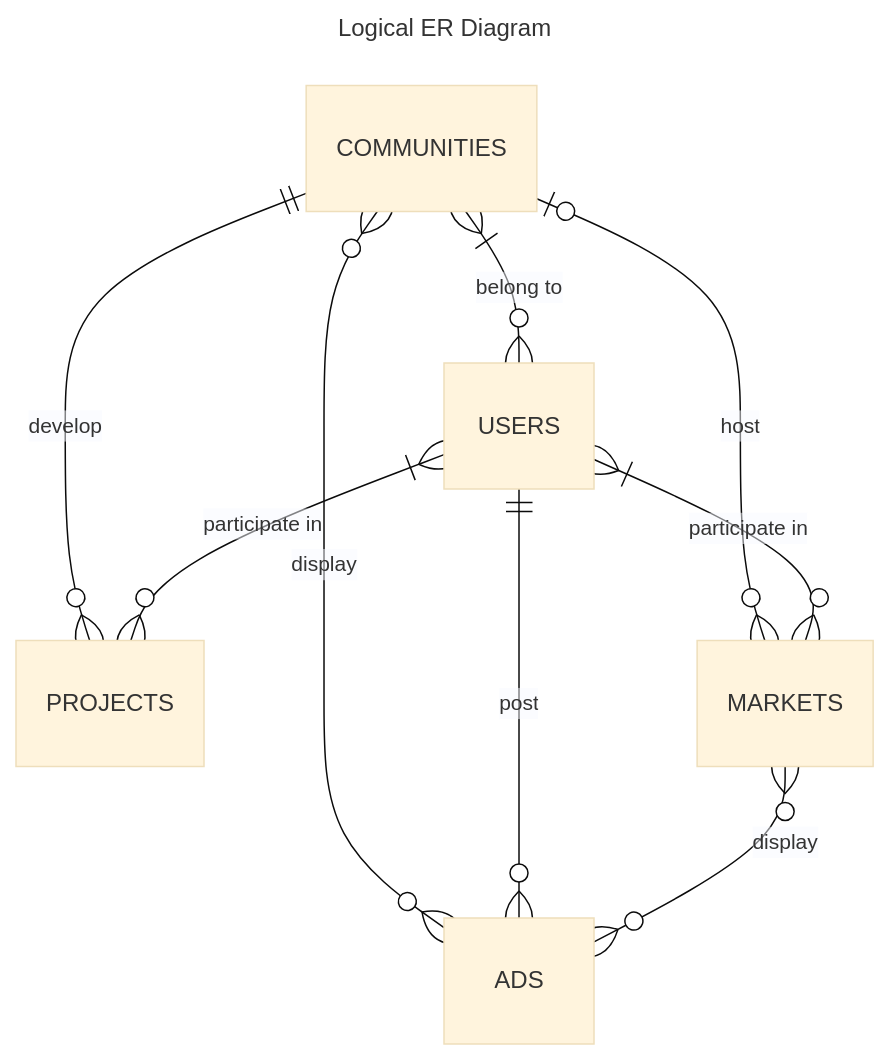
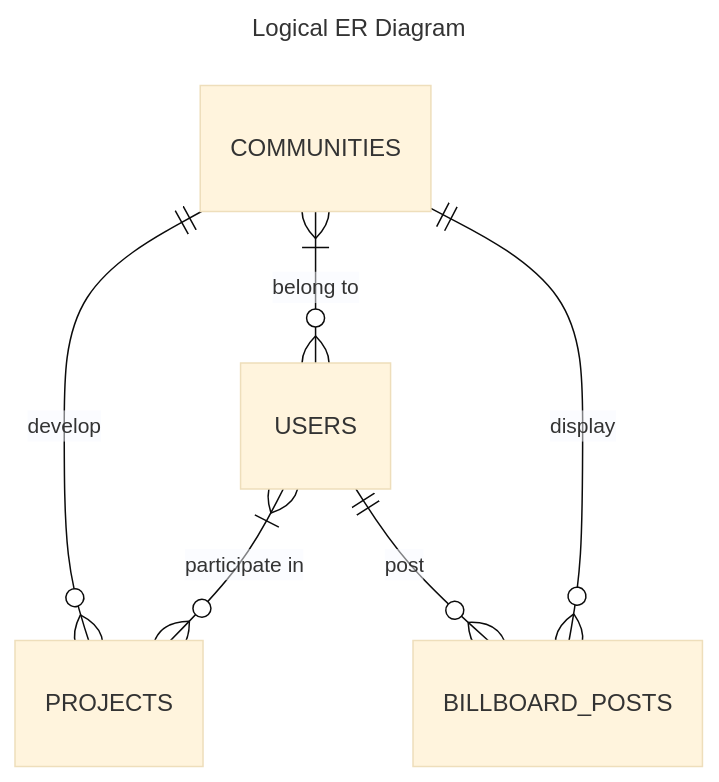
The first of 2 diagrams in data-model.md (digivoro/minkoo), drawn with Mermaid (base theme) before and after one commit. The commit also changed other lines of this file, not shown here.

````diff
--- a/data-model.md
+++ b/data-model.md
@@ -3,14 +3,11 @@
 ```mermaid
 ---
 title: "Logical ER Diagram"
 ---
 erDiagram
+  COMMUNITIES ||--o{ PROJECTS : "develop"
   COMMUNITIES }|--o{ USERS : "belong to"
-  COMMUNITIES ||--o{ PROJECTS : "develop"
-  COMMUNITIES |o--o{ MARKETS : "host"
-  COMMUNITIES }o--o{ ADS : "display"
   USERS }|--o{ PROJECTS : "participate in"
-  USERS }|--o{ MARKETS : "participate in"
-  USERS ||--o{ ADS : "post"
-  MARKETS }o--o{ ADS : "display"
+  COMMUNITIES ||--o{ BILLBOARD_POSTS : "display"
+  USERS ||--o{ BILLBOARD_POSTS : "post"
 ```
````
